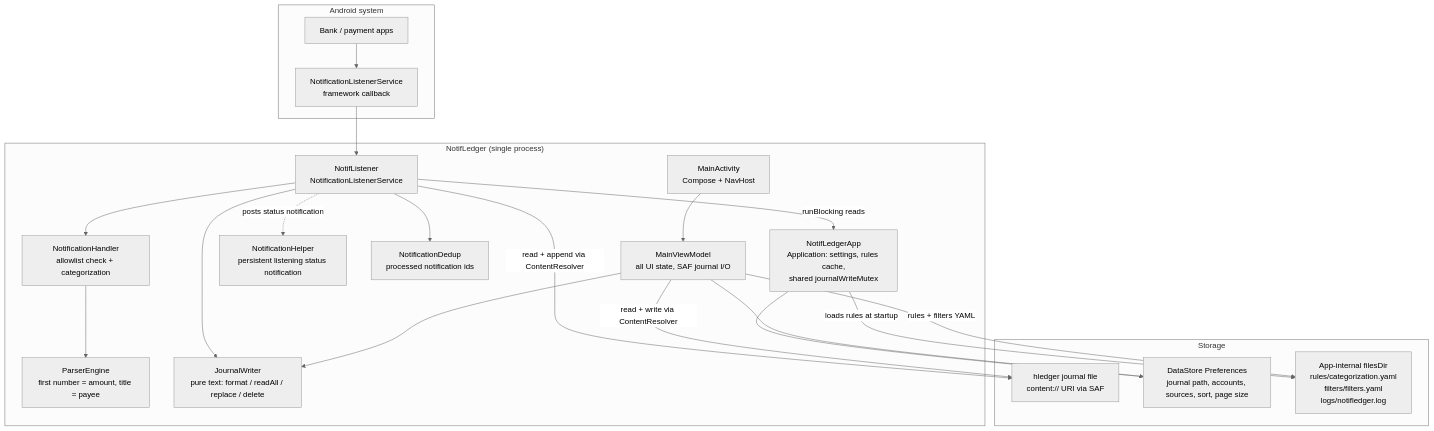
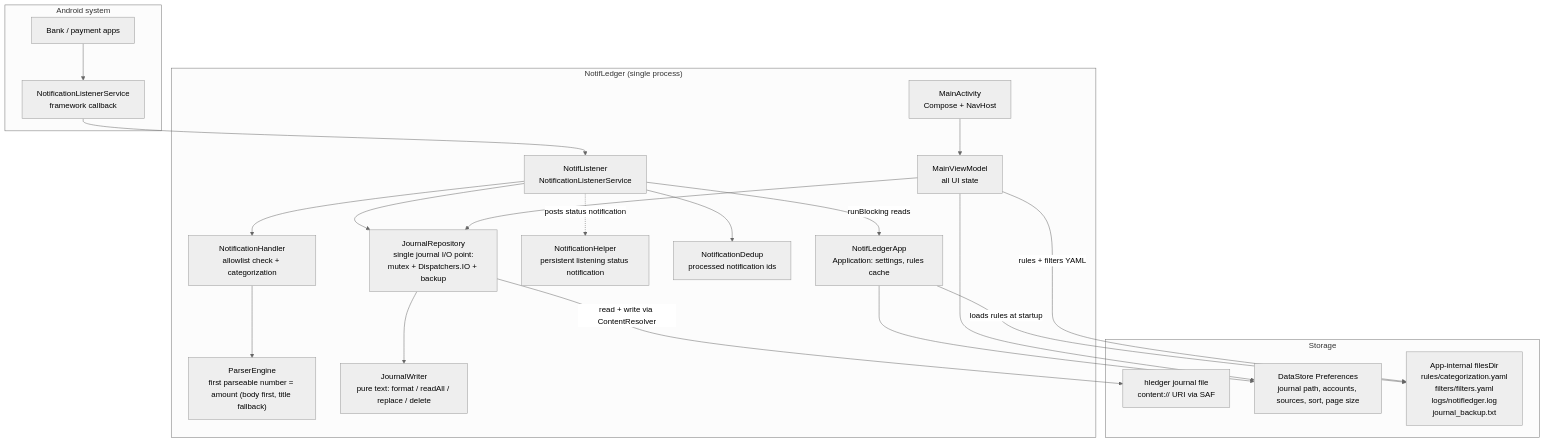
One commit to ukizet/NotifLedger changed the first of 8 diagrams in docs/architecture.md. Above: the diagram before and after it, drawn with Mermaid (neutral theme). The commit also changed other lines of this file and 23 other files, not shown here.

Commit message:
fix review findings: body-first amounts, repository journal I/O, off-main listener

````diff
--- a/docs/architecture.md
+++ b/docs/architecture.md
@@ -8,40 +8,42 @@
 ```mermaid
 flowchart TB
     subgraph system["Android system"]
         bank["Bank / payment apps"]
         framework["NotificationListenerService<br/>framework callback"]
     end
 
     subgraph app["NotifLedger (single process)"]
-        application["NotifLedgerApp<br/>Application: settings, rules cache,<br/>shared journalWriteMutex"]
+        application["NotifLedgerApp<br/>Application: settings, rules cache"]
         listener["NotifListener<br/>NotificationListenerService"]
         handler["NotificationHandler<br/>allowlist check + categorization"]
-        parser["ParserEngine<br/>first number = amount, title = payee"]
+        parser["ParserEngine<br/>first parseable number = amount (body first, title fallback)"]
         helper["NotificationHelper<br/>persistent listening status notification"]
         dedup["NotificationDedup<br/>processed notification ids"]
         activity["MainActivity<br/>Compose + NavHost"]
-        vm["MainViewModel<br/>all UI state, SAF journal I/O"]
+        vm["MainViewModel<br/>all UI state"]
+        repo["JournalRepository<br/>single journal I/O point:<br/>mutex + Dispatchers.IO + backup"]
         writer["JournalWriter<br/>pure text: format / readAll / replace / delete"]
     end
 
     subgraph storage["Storage"]
         journal["hledger journal file<br/>content:// URI via SAF"]
         datastore["DataStore Preferences<br/>journal path, accounts, sources, sort, page size"]
-        files["App-internal filesDir<br/>rules/categorization.yaml<br/>filters/filters.yaml<br/>logs/notifledger.log"]
+        files["App-internal filesDir<br/>rules/categorization.yaml<br/>filters/filters.yaml<br/>logs/notifledger.log<br/>journal_backup.txt"]
     end
 
     bank --> framework --> listener
     listener --> handler --> parser
     listener --> dedup
-    listener --> writer
-    listener -->|read + append via ContentResolver| journal
+    listener --> repo
+    vm --> repo
+    repo --> writer
+    repo -->|read + write via ContentResolver| journal
     listener -->|runBlocking reads| application
     application --> datastore
     application -->|loads rules at startup| files
 
-    activity --> vm --> writer
-    vm -->|read + write via ContentResolver| journal
+    activity --> vm
     vm --> datastore
     vm -->|rules + filters YAML| files
     listener -.->|posts status notification| helper
 ```
````
